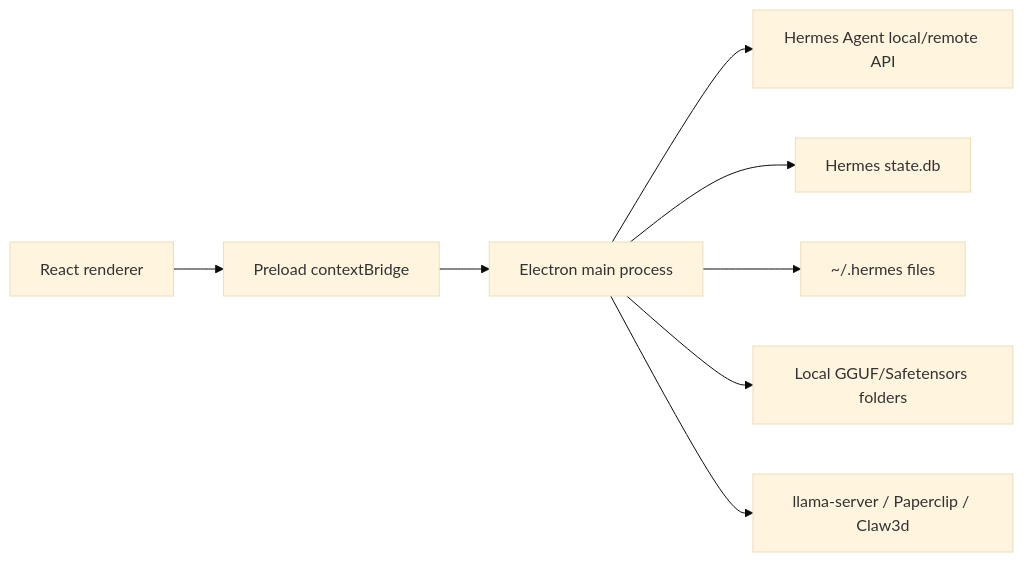
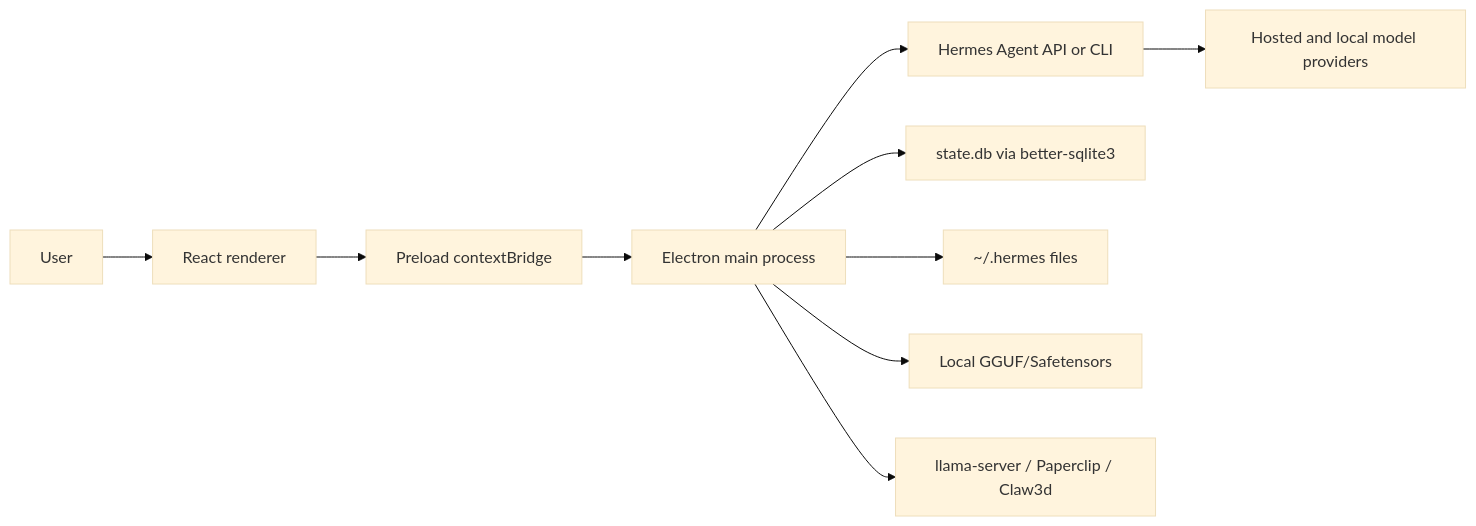
Before and after one commit to Antman1526/hermes-desktop-Max: the diagram in README.md, drawn with Mermaid (base theme). The commit also changed other lines of this file and 18 other files, not shown here.

````diff
--- a/README.md
+++ b/README.md
@@ -76,10 +120,12 @@
 ```mermaid
 flowchart LR
-  UI["React renderer"] --> Bridge["Preload contextBridge"]
-  Bridge --> Main["Electron main process"]
-  Main --> Agent["Hermes Agent local/remote API"]
-  Main --> DB["Hermes state.db"]
-  Main --> Files["~/.hermes files"]
-  Main --> Models["Local GGUF/Safetensors folders"]
+  User["User"] --> Renderer["React renderer"]
+  Renderer --> Preload["Preload contextBridge"]
+  Preload --> Main["Electron main process"]
+  Main --> Hermes["Hermes Agent API or CLI"]
+  Main --> StateDb["state.db via better-sqlite3"]
+  Main --> Config["~/.hermes files"]
+  Main --> Models["Local GGUF/Safetensors"]
   Main --> Sidecars["llama-server / Paperclip / Claw3d"]
+  Hermes --> Providers["Hosted and local model providers"]
 ```
````
